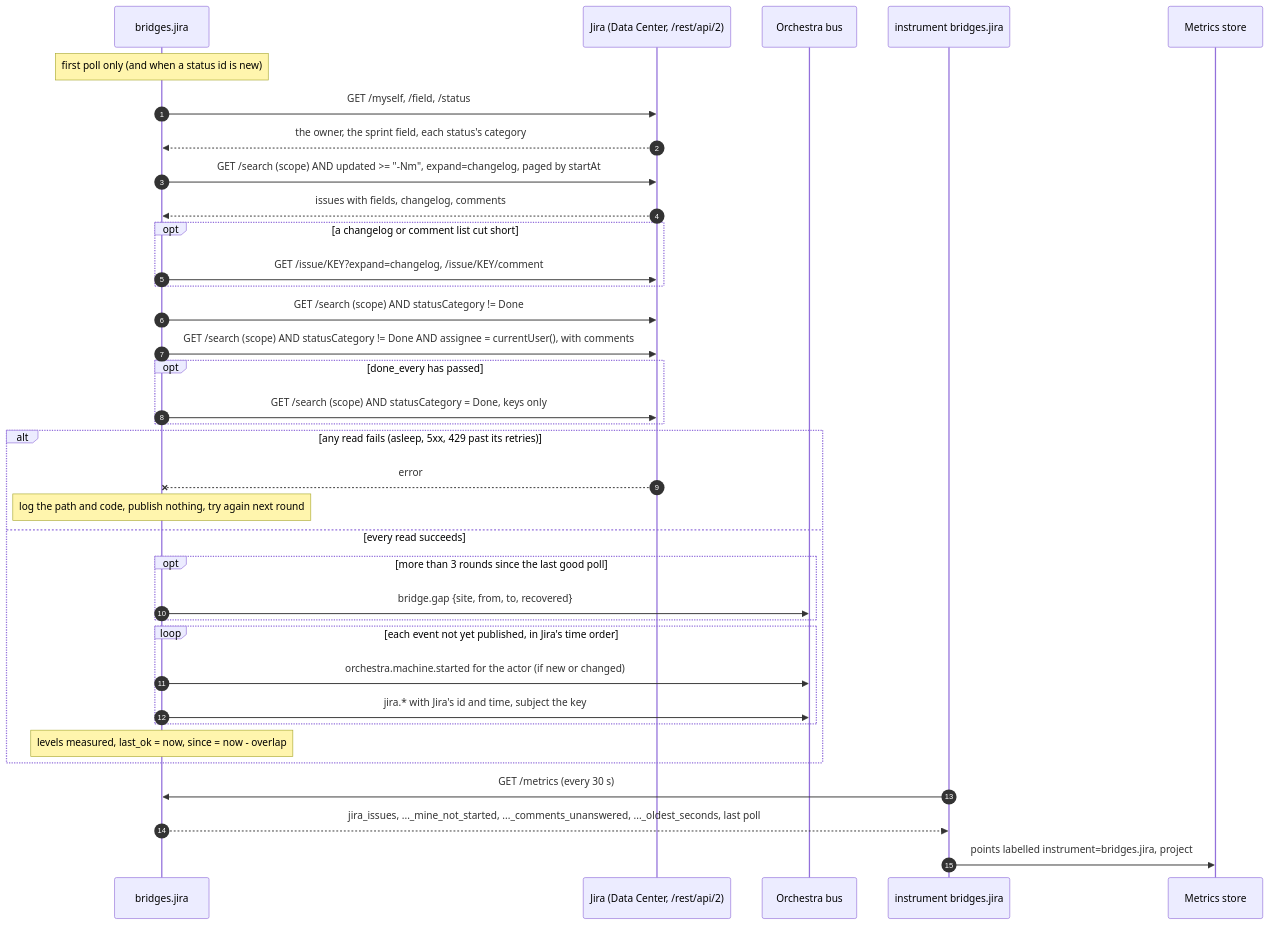
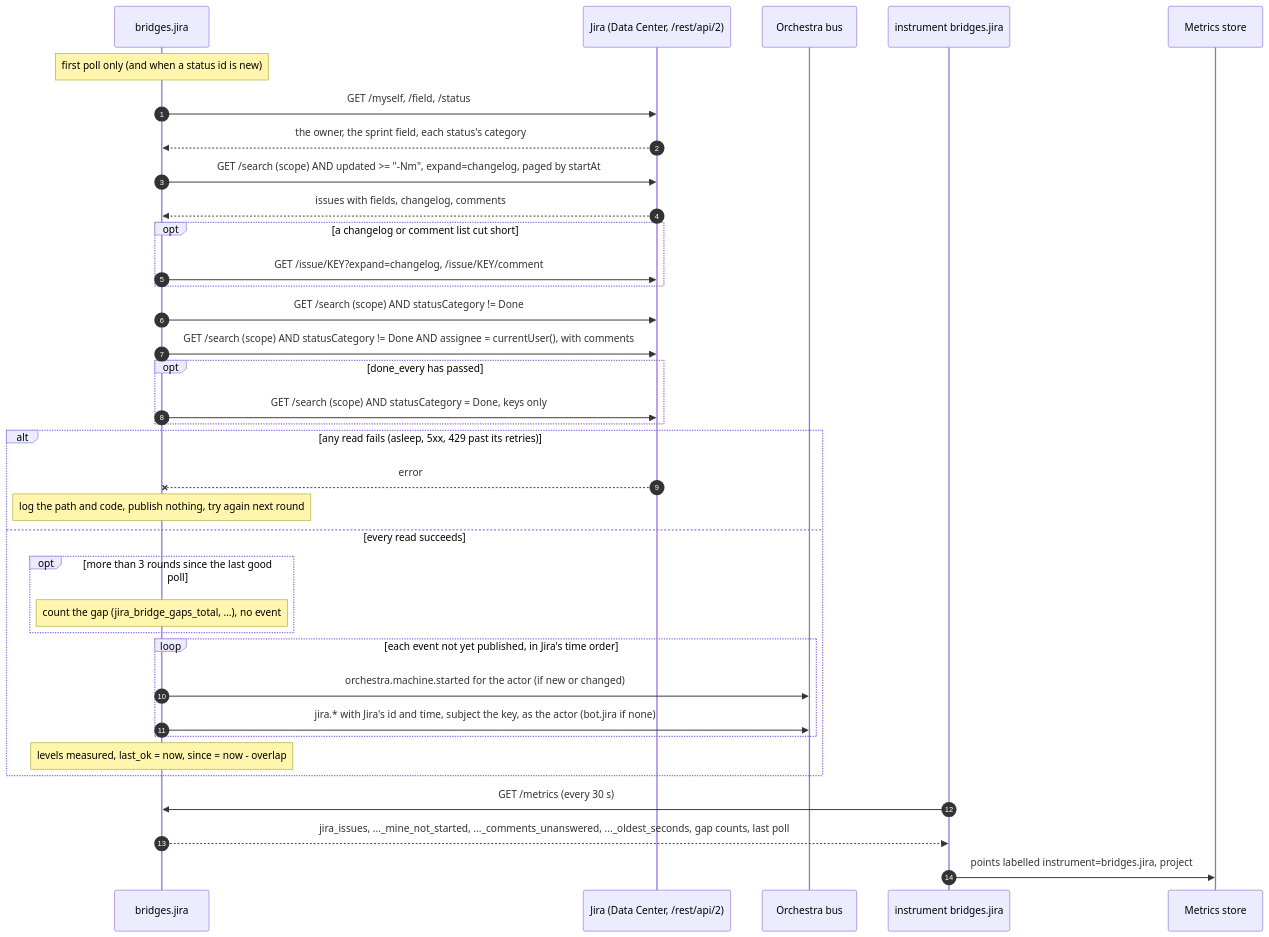
Before and after one commit to danroblewis/orchestra-bridges: the eighth of 8 diagrams in ARCHITECTURE.md, drawn with Mermaid. The commit also changed other lines of this file and 3 other files, not shown here.

````diff
--- a/ARCHITECTURE.md
+++ b/ARCHITECTURE.md
@@ -1394,39 +1439,39 @@
 ```mermaid
 sequenceDiagram
     autonumber
     participant B as bridges.jira
     participant J as Jira (Data Center, /rest/api/2)
     participant Bus as Orchestra bus
     participant I as instrument bridges.jira
     participant S as Metrics store
 
     Note over B: first poll only (and when a status id is new)
     B->>J: GET /myself, /field, /status
     J-->>B: the owner, the sprint field, each status's category
     B->>J: GET /search (scope) AND updated >= "-Nm", expand=changelog, paged by startAt
     J-->>B: issues with fields, changelog, comments
     opt a changelog or comment list cut short
         B->>J: GET /issue/KEY?expand=changelog, /issue/KEY/comment
     end
     B->>J: GET /search (scope) AND statusCategory != Done
     B->>J: GET /search (scope) AND statusCategory != Done AND assignee = currentUser(), with comments
     opt done_every has passed
         B->>J: GET /search (scope) AND statusCategory = Done, keys only
     end
     alt any read fails (asleep, 5xx, 429 past its retries)
         J--xB: error
         Note over B: log the path and code, publish nothing, try again next round
     else every read succeeds
         opt more than 3 rounds since the last good poll
-            B->>Bus: bridge.gap {site, from, to, recovered}
+            Note over B: count the gap (jira_bridge_gaps_total, …), no event
         end
         loop each event not yet published, in Jira's time order
             B->>Bus: orchestra.machine.started for the actor (if new or changed)
-            B->>Bus: jira.* with Jira's id and time, subject the key
+            B->>Bus: jira.* with Jira's id and time, subject the key, as the actor (bot.jira if none)
         end
         Note over B: levels measured, last_ok = now, since = now - overlap
     end
     I->>B: GET /metrics (every 30 s)
-    B-->>I: jira_issues, ..._mine_not_started, ..._comments_unanswered, ..._oldest_seconds, last poll
+    B-->>I: jira_issues, ..._mine_not_started, ..._comments_unanswered, ..._oldest_seconds, gap counts, last poll
     I->>S: points labelled instrument=bridges.jira, project
 ```
````
